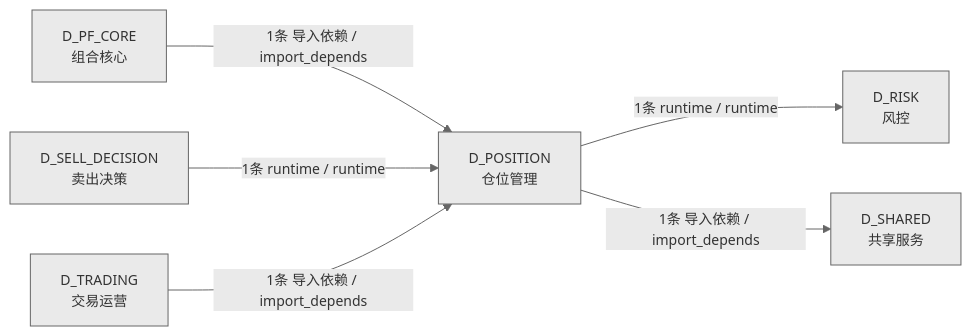
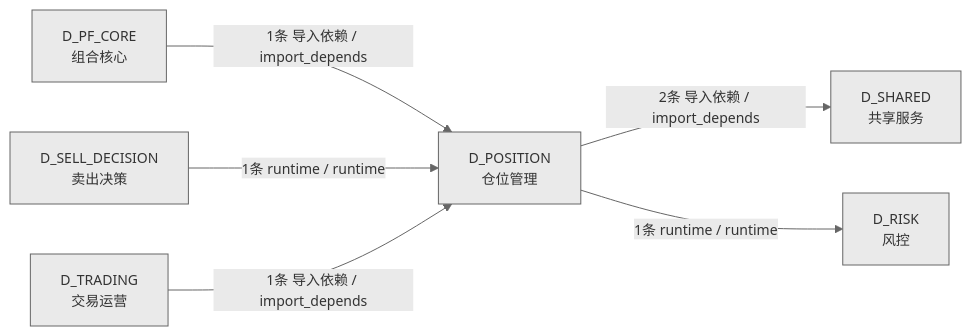
One commit to xuanFelixVan/ZephyrAlpha changed the fourth of 4 diagrams in docs/02_enterprise_architecture/02_domain_architecture_docs/64_d_position.md. Above: the diagram before and after it, drawn with Mermaid. The commit also changed other lines of this file and 62 other files, not shown here.

````diff
--- a/docs/02_enterprise_architecture/02_domain_architecture_docs/64_d_position.md
+++ b/docs/02_enterprise_architecture/02_domain_architecture_docs/64_d_position.md
@@ -175,15 +177,15 @@
 ```mermaid
 %%{init: {'theme': 'base', 'themeVariables': {'primaryColor': '#eaeaea', 'primaryTextColor': '#333333', 'primaryBorderColor': '#666666', 'lineColor': '#666666', 'secondaryColor': '#eaeaea', 'tertiaryColor': '#eaeaea', 'fontSize': '14px'}}}%%
 graph LR
     D_POSITION["D_POSITION<br/>仓位管理"]
+    D_SHARED["D_SHARED<br/>共享服务"]
     D_RISK["D_RISK<br/>风控"]
-    D_SHARED["D_SHARED<br/>共享服务"]
     D_PF_CORE["D_PF_CORE<br/>组合核心"]
     D_SELL_DECISION["D_SELL_DECISION<br/>卖出决策"]
     D_TRADING["D_TRADING<br/>交易运营"]
+    D_POSITION -->|2条 导入依赖 / import_depends| D_SHARED
     D_POSITION -->|1条 runtime / runtime| D_RISK
-    D_POSITION -->|1条 导入依赖 / import_depends| D_SHARED
     D_PF_CORE -->|1条 导入依赖 / import_depends| D_POSITION
     D_SELL_DECISION -->|1条 runtime / runtime| D_POSITION
     D_TRADING -->|1条 导入依赖 / import_depends| D_POSITION
 ```
````
